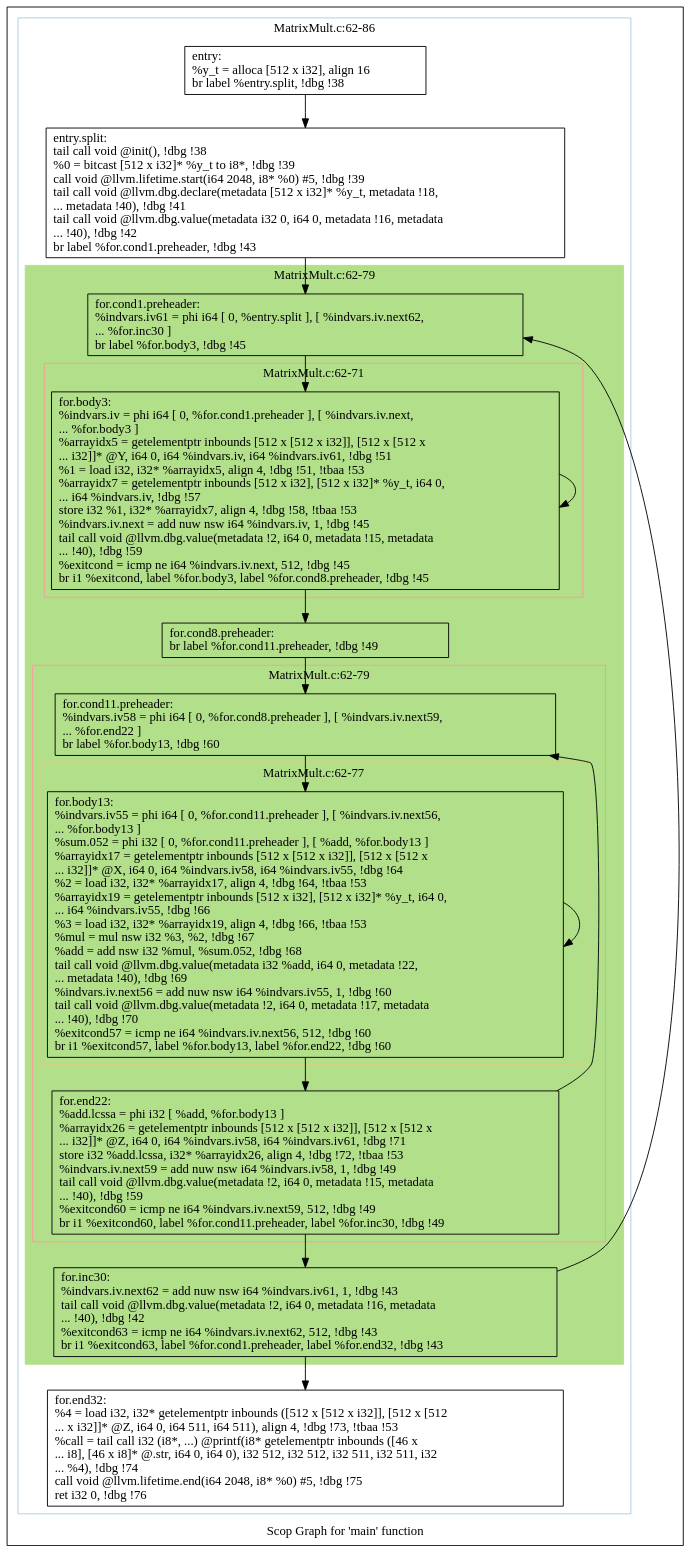
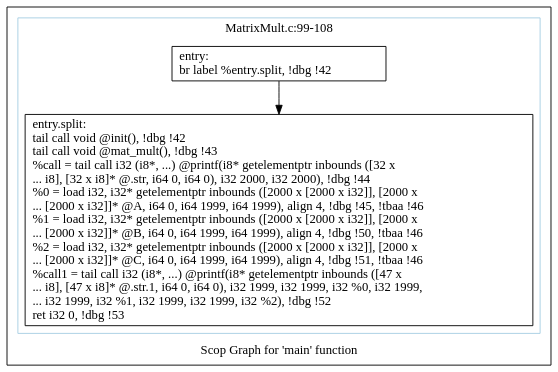
One commit to samminweng/WhileyOpenCL changed the diagram in polly/MatrixMult/impl/handwritten2/dot/scops.main.dot. Above: the diagram before and after it, drawn with Graphviz. The commit also changed 54 other files, not shown here.

First line of the commit message:
Adde parallelizable 'mat_mult' function to Handwritten MatrixMult 2 program

```diff
--- a/polly/MatrixMult/impl/handwritten2/dot/scops.main.dot
+++ b/polly/MatrixMult/impl/handwritten2/dot/scops.main.dot
@@ -1,67 +1,16 @@
 digraph "Scop Graph for 'main' function" {
 	label="Scop Graph for 'main' function";
 
-	Node0x992aca0 [shape=record,label="{entry:\l  %y_t = alloca [512 x i32], align 16\l  br label %entry.split, !dbg !38\l}"];
-	Node0x992aca0 -> Node0x9865bb0;
-	Node0x9865bb0 [shape=record,label="{entry.split:                                      \l  tail call void @init(), !dbg !38\l  %0 = bitcast [512 x i32]* %y_t to i8*, !dbg !39\l  call void @llvm.lifetime.start(i64 2048, i8* %0) #5, !dbg !39\l  tail call void @llvm.dbg.declare(metadata [512 x i32]* %y_t, metadata !18,\l... metadata !40), !dbg !41\l  tail call void @llvm.dbg.value(metadata i32 0, i64 0, metadata !16, metadata\l... !40), !dbg !42\l  br label %for.cond1.preheader, !dbg !43\l}"];
-	Node0x9865bb0 -> Node0x9865b80;
-	Node0x9865b80 [shape=record,label="{for.cond1.preheader:                              \l  %indvars.iv61 = phi i64 [ 0, %entry.split ], [ %indvars.iv.next62,\l... %for.inc30 ]\l  br label %for.body3, !dbg !45\l}"];
-	Node0x9865b80 -> Node0x985e030;
-	Node0x985e030 [shape=record,label="{for.body3:                                        \l  %indvars.iv = phi i64 [ 0, %for.cond1.preheader ], [ %indvars.iv.next,\l... %for.body3 ]\l  %arrayidx5 = getelementptr inbounds [512 x [512 x i32]], [512 x [512 x\l... i32]]* @Y, i64 0, i64 %indvars.iv, i64 %indvars.iv61, !dbg !51\l  %1 = load i32, i32* %arrayidx5, align 4, !dbg !51, !tbaa !53\l  %arrayidx7 = getelementptr inbounds [512 x i32], [512 x i32]* %y_t, i64 0,\l... i64 %indvars.iv, !dbg !57\l  store i32 %1, i32* %arrayidx7, align 4, !dbg !58, !tbaa !53\l  %indvars.iv.next = add nuw nsw i64 %indvars.iv, 1, !dbg !45\l  tail call void @llvm.dbg.value(metadata !2, i64 0, metadata !15, metadata\l... !40), !dbg !59\l  %exitcond = icmp ne i64 %indvars.iv.next, 512, !dbg !45\l  br i1 %exitcond, label %for.body3, label %for.cond8.preheader, !dbg !45\l}"];
-	Node0x985e030 -> Node0x985e030[constraint=false];
-	Node0x985e030 -> Node0x985e050;
-	Node0x985e050 [shape=record,label="{for.cond8.preheader:                              \l  br label %for.cond11.preheader, !dbg !49\l}"];
-	Node0x985e050 -> Node0x9861960;
-	Node0x9861960 [shape=record,label="{for.cond11.preheader:                             \l  %indvars.iv58 = phi i64 [ 0, %for.cond8.preheader ], [ %indvars.iv.next59,\l... %for.end22 ]\l  br label %for.body13, !dbg !60\l}"];
-	Node0x9861960 -> Node0x9861980;
-	Node0x9861980 [shape=record,label="{for.body13:                                       \l  %indvars.iv55 = phi i64 [ 0, %for.cond11.preheader ], [ %indvars.iv.next56,\l... %for.body13 ]\l  %sum.052 = phi i32 [ 0, %for.cond11.preheader ], [ %add, %for.body13 ]\l  %arrayidx17 = getelementptr inbounds [512 x [512 x i32]], [512 x [512 x\l... i32]]* @X, i64 0, i64 %indvars.iv58, i64 %indvars.iv55, !dbg !64\l  %2 = load i32, i32* %arrayidx17, align 4, !dbg !64, !tbaa !53\l  %arrayidx19 = getelementptr inbounds [512 x i32], [512 x i32]* %y_t, i64 0,\l... i64 %indvars.iv55, !dbg !66\l  %3 = load i32, i32* %arrayidx19, align 4, !dbg !66, !tbaa !53\l  %mul = mul nsw i32 %3, %2, !dbg !67\l  %add = add nsw i32 %mul, %sum.052, !dbg !68\l  tail call void @llvm.dbg.value(metadata i32 %add, i64 0, metadata !22,\l... metadata !40), !dbg !69\l  %indvars.iv.next56 = add nuw nsw i64 %indvars.iv55, 1, !dbg !60\l  tail call void @llvm.dbg.value(metadata !2, i64 0, metadata !17, metadata\l... !40), !dbg !70\l  %exitcond57 = icmp ne i64 %indvars.iv.next56, 512, !dbg !60\l  br i1 %exitcond57, label %for.body13, label %for.end22, !dbg !60\l}"];
-	Node0x9861980 -> Node0x9861980[constraint=false];
-	Node0x9861980 -> Node0x9864d70;
-	Node0x9864d70 [shape=record,label="{for.end22:                                        \l  %add.lcssa = phi i32 [ %add, %for.body13 ]\l  %arrayidx26 = getelementptr inbounds [512 x [512 x i32]], [512 x [512 x\l... i32]]* @Z, i64 0, i64 %indvars.iv58, i64 %indvars.iv61, !dbg !71\l  store i32 %add.lcssa, i32* %arrayidx26, align 4, !dbg !72, !tbaa !53\l  %indvars.iv.next59 = add nuw nsw i64 %indvars.iv58, 1, !dbg !49\l  tail call void @llvm.dbg.value(metadata !2, i64 0, metadata !15, metadata\l... !40), !dbg !59\l  %exitcond60 = icmp ne i64 %indvars.iv.next59, 512, !dbg !49\l  br i1 %exitcond60, label %for.cond11.preheader, label %for.inc30, !dbg !49\l}"];
-	Node0x9864d70 -> Node0x9861960[constraint=false];
-	Node0x9864d70 -> Node0x9864dd0;
-	Node0x9864dd0 [shape=record,label="{for.inc30:                                        \l  %indvars.iv.next62 = add nuw nsw i64 %indvars.iv61, 1, !dbg !43\l  tail call void @llvm.dbg.value(metadata !2, i64 0, metadata !16, metadata\l... !40), !dbg !42\l  %exitcond63 = icmp ne i64 %indvars.iv.next62, 512, !dbg !43\l  br i1 %exitcond63, label %for.cond1.preheader, label %for.end32, !dbg !43\l}"];
-	Node0x9864dd0 -> Node0x9865b80[constraint=false];
-	Node0x9864dd0 -> Node0x9864df0;
-	Node0x9864df0 [shape=record,label="{for.end32:                                        \l  %4 = load i32, i32* getelementptr inbounds ([512 x [512 x i32]], [512 x [512\l... x i32]]* @Z, i64 0, i64 511, i64 511), align 4, !dbg !73, !tbaa !53\l  %call = tail call i32 (i8*, ...) @printf(i8* getelementptr inbounds ([46 x\l... i8], [46 x i8]* @.str, i64 0, i64 0), i32 512, i32 512, i32 511, i32 511, i32\l... %4), !dbg !74\l  call void @llvm.lifetime.end(i64 2048, i8* %0) #5, !dbg !75\l  ret i32 0, !dbg !76\l}"];
+	Node0x90f5a30 [shape=record,label="{entry:\l  br label %entry.split, !dbg !42\l}"];
+	Node0x90f5a30 -> Node0x90c6550;
+	Node0x90c6550 [shape=record,label="{entry.split:                                      \l  tail call void @init(), !dbg !42\l  tail call void @mat_mult(), !dbg !43\l  %call = tail call i32 (i8*, ...) @printf(i8* getelementptr inbounds ([32 x\l... i8], [32 x i8]* @.str, i64 0, i64 0), i32 2000, i32 2000), !dbg !44\l  %0 = load i32, i32* getelementptr inbounds ([2000 x [2000 x i32]], [2000 x\l... [2000 x i32]]* @A, i64 0, i64 1999, i64 1999), align 4, !dbg !45, !tbaa !46\l  %1 = load i32, i32* getelementptr inbounds ([2000 x [2000 x i32]], [2000 x\l... [2000 x i32]]* @B, i64 0, i64 1999, i64 1999), align 4, !dbg !50, !tbaa !46\l  %2 = load i32, i32* getelementptr inbounds ([2000 x [2000 x i32]], [2000 x\l... [2000 x i32]]* @C, i64 0, i64 1999, i64 1999), align 4, !dbg !51, !tbaa !46\l  %call1 = tail call i32 (i8*, ...) @printf(i8* getelementptr inbounds ([47 x\l... i8], [47 x i8]* @.str.1, i64 0, i64 0), i32 1999, i32 1999, i32 %0, i32 1999,\l... i32 1999, i32 %1, i32 1999, i32 1999, i32 %2), !dbg !52\l  ret i32 0, !dbg !53\l}"];
 	colorscheme = "paired12"
-        subgraph cluster_0x9856a80 {
-          label = "MatrixMult.c:62-86
+        subgraph cluster_0x905e060 {
+          label = "MatrixMult.c:99-108
 ";
           style = solid;
           color = 1
-          subgraph cluster_0x9861650 {
-            label = "MatrixMult.c:62-79
-";
-            style = filled;
-            color = 3            subgraph cluster_0x9865590 {
-              label = "MatrixMult.c:62-71
-";
-              style = solid;
-              color = 5
-              Node0x985e030;
-            }
-            subgraph cluster_0x9862f10 {
-              label = "MatrixMult.c:62-79
-";
-              style = solid;
-              color = 5
-              subgraph cluster_0x98617b0 {
-                label = "MatrixMult.c:62-77
-";
-                style = solid;
-                color = 7
-                Node0x9861980;
-              }
-              Node0x9861960;
-              Node0x9864d70;
-            }
-            Node0x9865b80;
-            Node0x985e050;
-            Node0x9864dd0;
-          }
-          Node0x992aca0;
-          Node0x9865bb0;
-          Node0x9864df0;
+          Node0x90f5a30;
+          Node0x90c6550;
         }
 }
```
